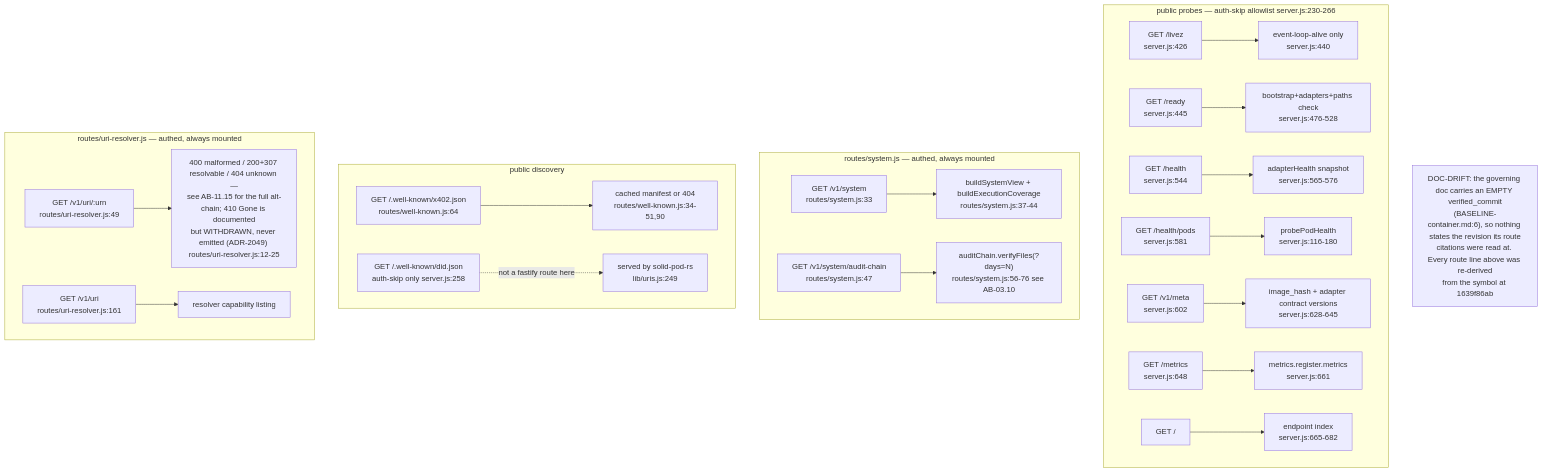
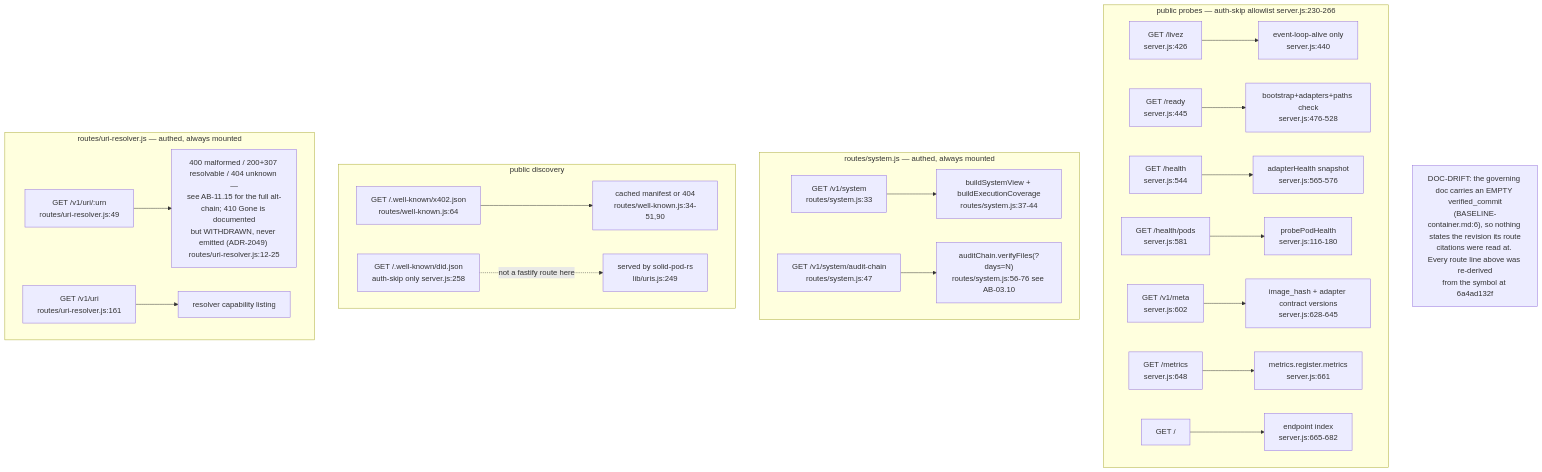
The sixth of 17 diagrams in docs/diagrams/agentbox/03-management-api-request-lifecycle.md (DreamLab-AI/VisionFlow), drawn with Mermaid before and after one commit. The commit also changed other lines of this file and 136 other files, not shown here.

First line of the commit message:
docs(diagrams): refresh the whole corpus to code HEAD and prune low-value diagrams

````diff
--- a/docs/diagrams/agentbox/03-management-api-request-lifecycle.md
+++ b/docs/diagrams/agentbox/03-management-api-request-lifecycle.md
@@ -274,25 +272,25 @@
 ```mermaid
 flowchart TD
     subgraph probes["public probes — auth-skip allowlist server.js:230-266"]
         A1["GET /livez<br/>server.js:426"] --> H1["event-loop-alive only<br/>server.js:440"]
         A2["GET /ready<br/>server.js:445"] --> H2["bootstrap+adapters+paths check<br/>server.js:476-528"]
         A3["GET /health<br/>server.js:544"] --> H3["adapterHealth snapshot<br/>server.js:565-576"]
         A4["GET /health/pods<br/>server.js:581"] --> H4["probePodHealth<br/>server.js:116-180"]
         A5["GET /v1/meta<br/>server.js:602"] --> H5["image_hash + adapter contract versions<br/>server.js:628-645"]
         A6["GET /metrics<br/>server.js:648"] --> H6["metrics.register.metrics<br/>server.js:661"]
         A7["GET /"] --> H7["endpoint index<br/>server.js:665-682"]
     end
     subgraph sysroutes["routes/system.js — authed, always mounted"]
         B1["GET /v1/system<br/>routes/system.js:33"] --> HB1["buildSystemView + buildExecutionCoverage<br/>routes/system.js:37-44"]
         B2["GET /v1/system/audit-chain<br/>routes/system.js:47"] --> HB2["auditChain.verifyFiles(?days=N)<br/>routes/system.js:56-76 see AB-03.10"]
     end
     subgraph wellknown["public discovery"]
         C1["GET /.well-known/x402.json<br/>routes/well-known.js:64"] --> HC1["cached manifest or 404<br/>routes/well-known.js:34-51,90"]
         C2["GET /.well-known/did.json<br/>auth-skip only server.js:258"] -.->|"not a fastify route here"| HC2["served by solid-pod-rs<br/>lib/uris.js:249"]
     end
     subgraph uri["routes/uri-resolver.js — authed, always mounted"]
         D1["GET /v1/uri/:urn<br/>routes/uri-resolver.js:49"] --> HD1["400 malformed / 200+307 resolvable / 404 unknown —<br/>see AB-11.15 for the full alt-chain; 410 Gone is documented<br/>but WITHDRAWN, never emitted (ADR-2049) routes/uri-resolver.js:12-25"]
         D2["GET /v1/uri<br/>routes/uri-resolver.js:161"] --> HD2["resolver capability listing"]
     end
-    Note1["DOC-DRIFT: the governing doc carries an EMPTY verified_commit<br/>(BASELINE-container.md:6), so nothing states the revision its route<br/>citations were read at. Every route line above was re-derived<br/>from the symbol at 1639f86ab"]
+    Note1["DOC-DRIFT: the governing doc carries an EMPTY verified_commit<br/>(BASELINE-container.md:6), so nothing states the revision its route<br/>citations were read at. Every route line above was re-derived<br/>from the symbol at 6a4ad132f"]
 ```
````
